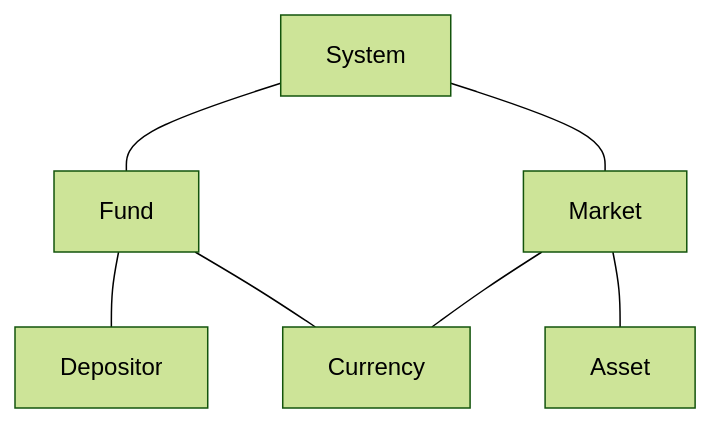
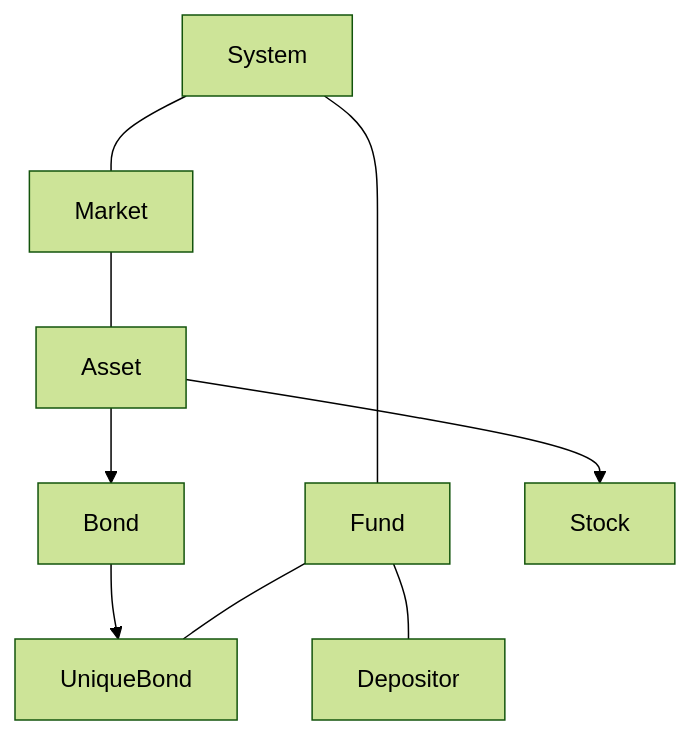
One commit to ipazzxyz/Modelling changed the diagram in doc/hierarchy_of_backend.md. Above: the diagram before and after it, drawn with Mermaid (forest theme). The commit also changed other lines of this file, not shown here.

````diff
--- a/doc/hierarchy_of_backend.md
+++ b/doc/hierarchy_of_backend.md
@@ -1,9 +1,11 @@
 ```mermaid
   graph TD;
       System---Fund;
       System---Market;
+      Asset-->Bond;
+      Bond-->UniqueBond;
+      Asset-->Stock;
+      Market---Asset;
+      Fund---UniqueBond;
       Fund---Depositor;
-      Fund---Currency;
-      Market---Currency
-      Market---Asset
 ```
````
